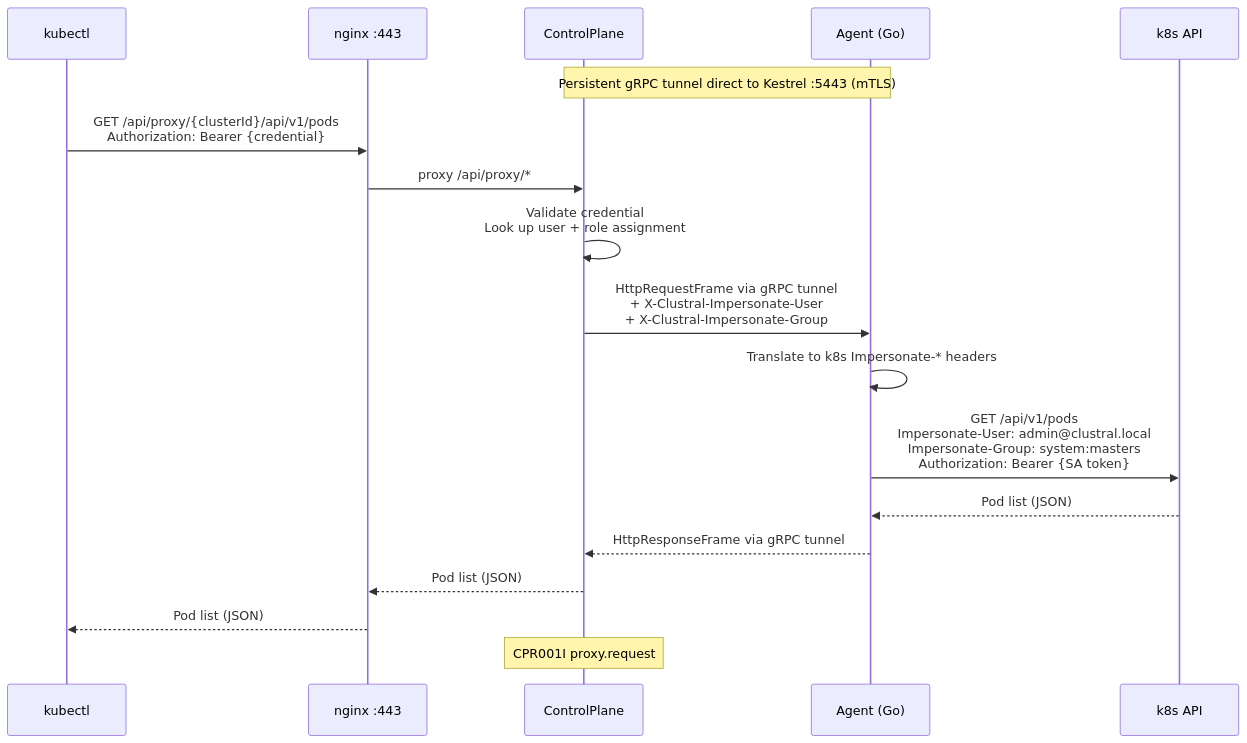
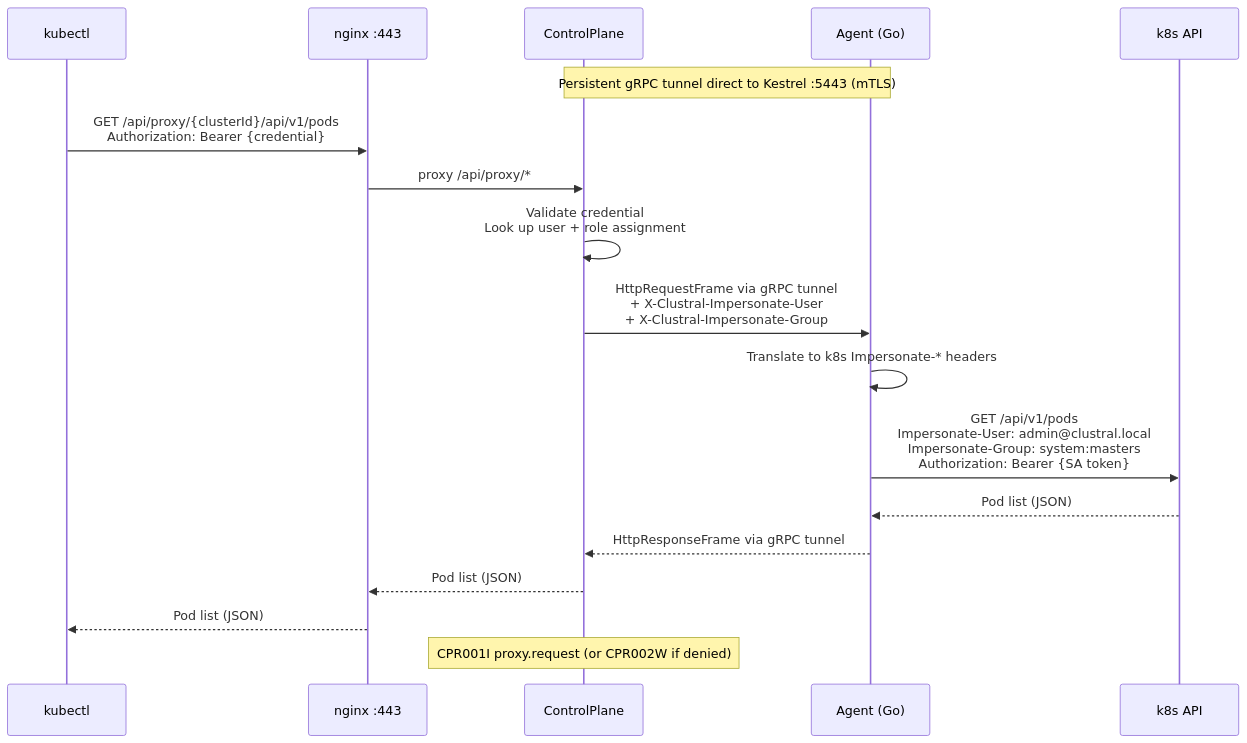
The third of 18 diagrams in README.md (Clustral/clustral), drawn with Mermaid before and after one commit. The commit also changed other lines of this file and 15 other files, not shown here.

````diff
--- a/README.md
+++ b/README.md
@@ -103,22 +103,22 @@
 ```mermaid
 sequenceDiagram
     participant kubectl
     participant NGX as nginx :443
     participant CP as ControlPlane
     participant Agent as Agent (Go)
     participant K8S as k8s API
 
     Note over Agent,CP: Persistent gRPC tunnel direct to Kestrel :5443 (mTLS)
 
     kubectl->>NGX: GET /api/proxy/{clusterId}/api/v1/pods<br/>Authorization: Bearer {credential}
     NGX->>CP: proxy /api/proxy/*
     CP->>CP: Validate credential<br/>Look up user + role assignment
     CP->>Agent: HttpRequestFrame via gRPC tunnel<br/>+ X-Clustral-Impersonate-User<br/>+ X-Clustral-Impersonate-Group
     Agent->>Agent: Translate to k8s Impersonate-* headers
     Agent->>K8S: GET /api/v1/pods<br/>Impersonate-User: admin@clustral.local<br/>Impersonate-Group: system:masters<br/>Authorization: Bearer {SA token}
     K8S-->>Agent: Pod list (JSON)
     Agent-->>CP: HttpResponseFrame via gRPC tunnel
     CP-->>NGX: Pod list (JSON)
     NGX-->>kubectl: Pod list (JSON)
-    Note over CP: CPR001I proxy.request
+    Note over CP: CPR001I proxy.request (or CPR002W if denied)
 ```
````
